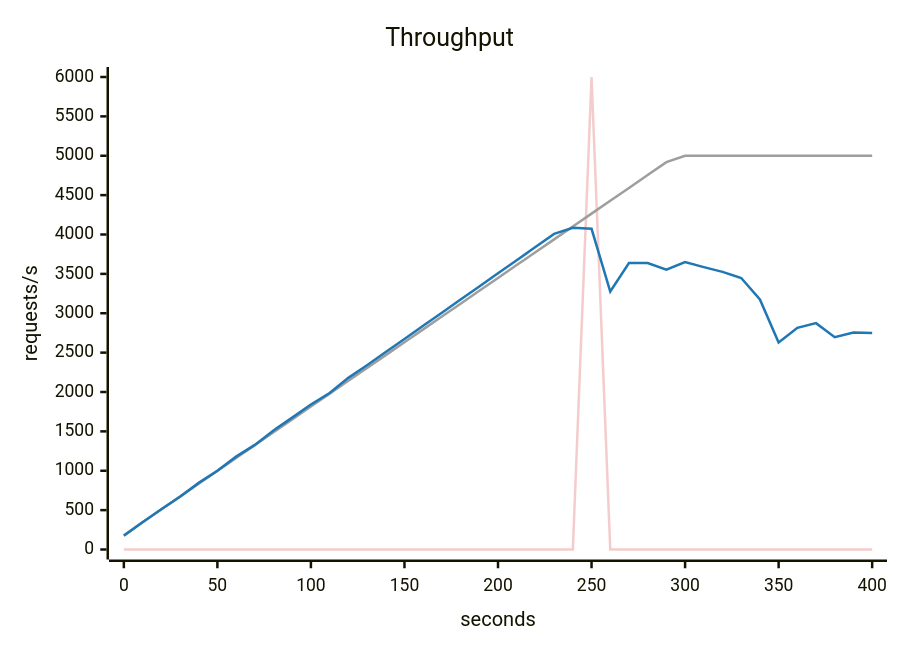
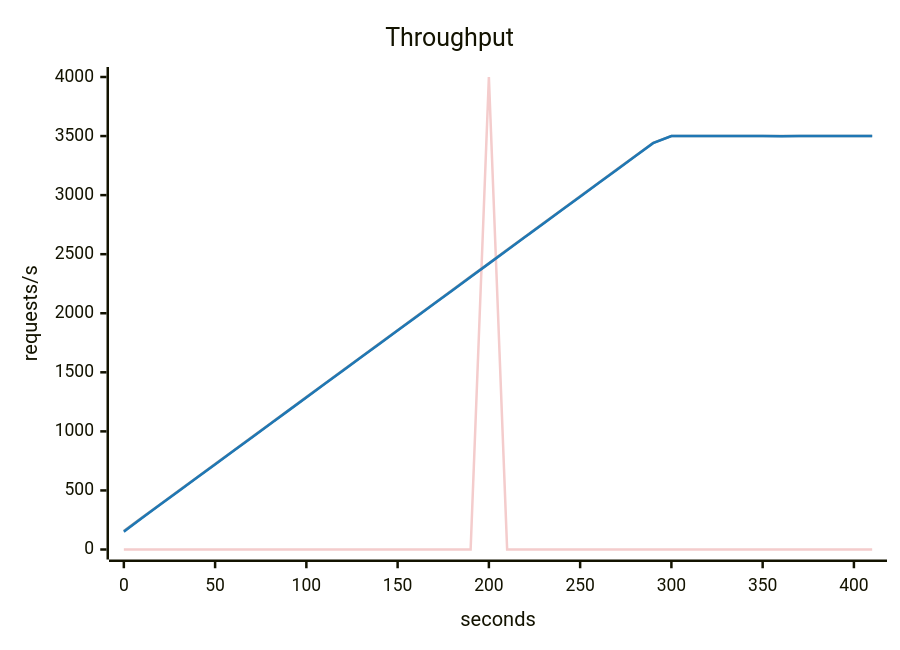
One commit to akinfemi/load-lore changed the second of 5 diagrams in scenarios/when-to-scale-your-database/solutions/one-query-per-page/report.md. Above: the diagram before and after it, drawn with Mermaid. The commit also changed other lines of this file and 4 other files, not shown here.

````diff
--- a/scenarios/when-to-scale-your-database/solutions/one-query-per-page/report.md
+++ b/scenarios/when-to-scale-your-database/solutions/one-query-per-page/report.md
@@ -37,16 +39,16 @@
 ```mermaid
 ---
 config:
   themeVariables:
     xyChart:
       backgroundColor: "transparent"
       plotColorPalette: "#f4cccc, #9e9e9e, #1f77b4"
 ---
 xychart-beta
     title "Throughput"
-    x-axis "seconds" 0 --> 400
-    y-axis "requests/s" 0 --> 6000
-    line [0, 0, 0, 0, 0, 0, 0, 0, 0, 0, 0, 0, 0, 0, 0, 0, 0, 0, 0, 0, 0, 0, 0, 0, 0, 6000, 0, 0, 0, 0, 0, 0, 0, 0, 0, 0, 0, 0, 0, 0, 0]
-    line [181.667, 345, 508.333, 671.667, 835, 998.333, 1161.667, 1325, 1488.333, 1651.667, 1815, 1978.333, 2141.667, 2305, 2468.333, 2631.667, 2795, 2958.333, 3121.667, 3285, 3448.333, 3611.667, 3775, 3938.333, 4101.667, 4265, 4428.333, 4591.667, 4755, 4918.333, 5000, 5000, 5000, 5000, 5000, 5000, 5000, 5000, 5000, 5000, 5000]
-    line [174.146, 345.472, 512.229, 670.786, 846.053, 999.572, 1179.174, 1328.432, 1512.397, 1674.592, 1841.376, 1987.437, 2179.742, 2340.021, 2506.658, 2674.04, 2840.664, 3007.322, 3173.549, 3340.319, 3507.628, 3673.532, 3840.892, 4007.198, 4084.616, 4072.088, 3275.988, 3636.747, 3637.842, 3552.332, 3650.626, 3586.121, 3525.728, 3447.451, 3174.578, 2628.83, 2814.527, 2874.192, 2696.429, 2754.836, 2748.946]
+    x-axis "seconds" 0 --> 410
+    y-axis "requests/s" 0 --> 4000
+    line [0, 0, 0, 0, 0, 0, 0, 0, 0, 0, 0, 0, 0, 0, 0, 0, 0, 0, 0, 0, 4000, 0, 0, 0, 0, 0, 0, 0, 0, 0, 0, 0, 0, 0, 0, 0, 0, 0, 0, 0, 0, 0]
+    line [156.667, 270, 383.333, 496.667, 610, 723.333, 836.667, 950, 1063.333, 1176.667, 1290, 1403.333, 1516.667, 1630, 1743.333, 1856.667, 1970, 2083.333, 2196.667, 2310, 2423.333, 2536.667, 2650, 2763.333, 2876.667, 2990, 3103.333, 3216.667, 3330, 3443.333, 3500, 3500, 3500, 3500, 3500, 3500, 3500, 3500, 3500, 3500, 3500, 3500]
+    line [150.908, 266.819, 380.352, 493.509, 606.866, 720.239, 833.37, 946.955, 1060.211, 1173.523, 1286.928, 1400.081, 1513.534, 1627.051, 1740.189, 1853.356, 1967.001, 2080.205, 2193.554, 2306.848, 2420.048, 2533.581, 2647.079, 2760.197, 2873.528, 2986.968, 3100.26, 3213.543, 3326.59, 3440.269, 3500.078, 3499.602, 3500.263, 3500.043, 3500.38, 3499.633, 3499.349, 3499.959, 3500.735, 3499.938, 3499.795, 3500.063]
 ```
````
